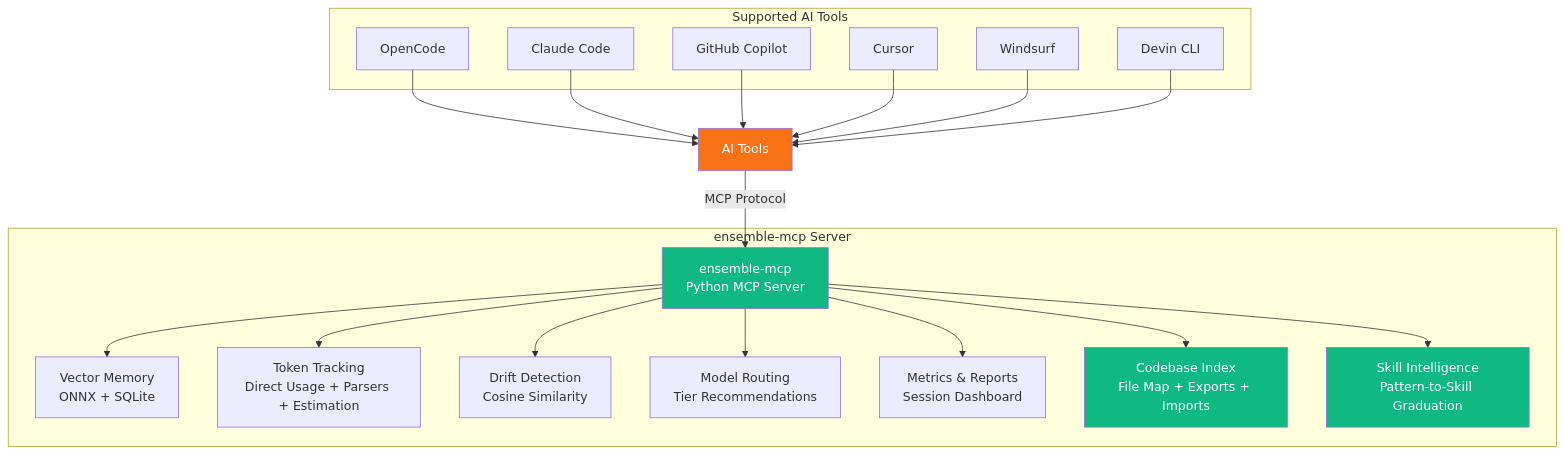
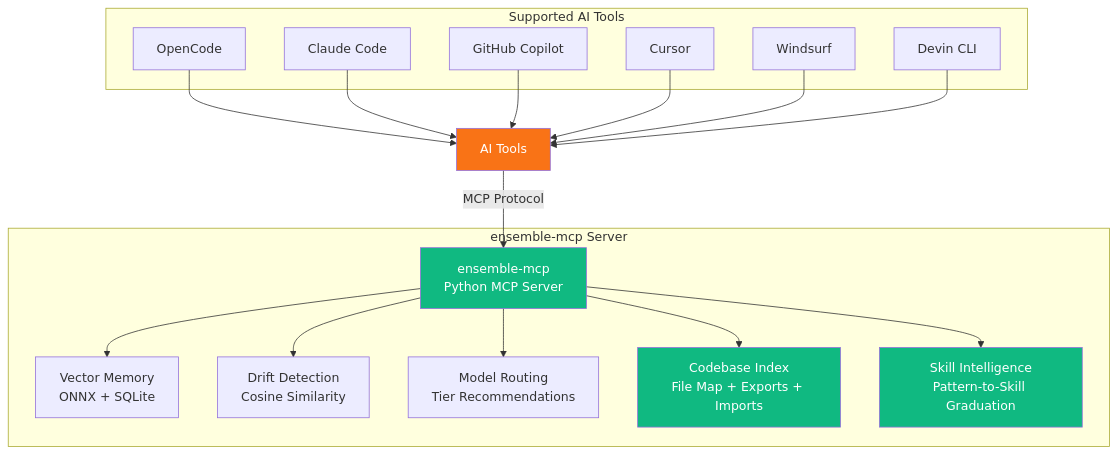
The first of 3 diagrams in docs/DESIGN-SPEC.md (LynkByte/ensemble), drawn with Mermaid before and after one commit. The commit also changed other lines of this file and 12 other files, not shown here.

````diff
--- a/docs/DESIGN-SPEC.md
+++ b/docs/DESIGN-SPEC.md
@@ -52,31 +50,29 @@
 ```mermaid
 graph TB
     subgraph "ensemble-mcp Server"
         E[ensemble-mcp<br/>Python MCP Server]
         E --> F[Vector Memory<br/>ONNX + SQLite]
-        E --> G[Token Tracking<br/>Direct Usage + Parsers + Estimation]
         E --> H[Drift Detection<br/>Cosine Similarity]
         E --> I[Model Routing<br/>Tier Recommendations]
-        E --> J[Metrics & Reports<br/>Session Dashboard]
         E --> IDX[Codebase Index<br/>File Map + Exports + Imports]
         E --> SI[Skill Intelligence<br/>Pattern-to-Skill Graduation]
     end
 
     K[AI Tools] -->|MCP Protocol| E
 
     subgraph "Supported AI Tools"
         K1[OpenCode]
         K2[Claude Code]
         K3[GitHub Copilot]
         K4[Cursor]
         K5[Windsurf]
         K6[Devin CLI]
     end
 
     K1 & K2 & K3 & K4 & K5 & K6 --> K
 
     style E fill:#10B981,color:#fff
     style K fill:#F97316,color:#fff
     style IDX fill:#10B981,color:#fff
     style SI fill:#10B981,color:#fff
 ```
````
